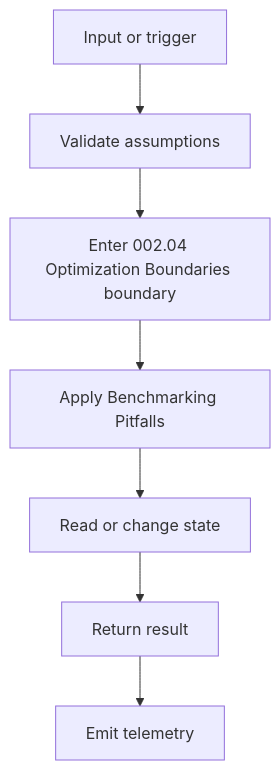
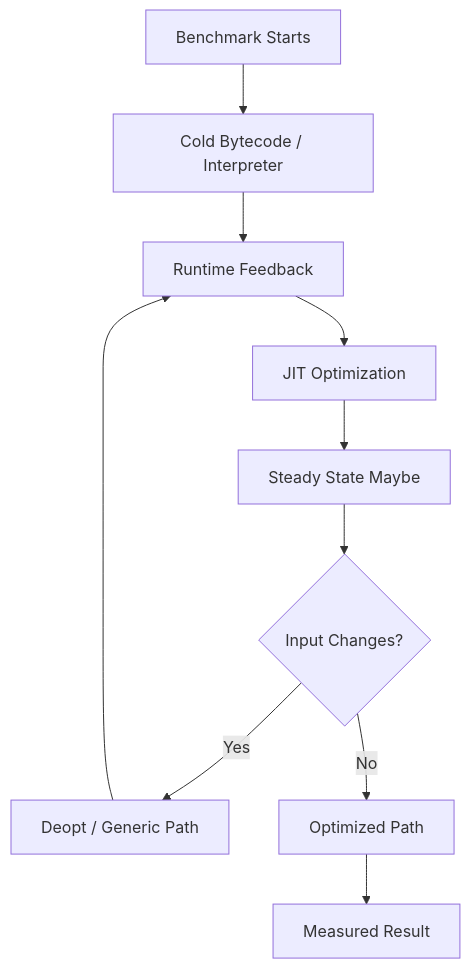
Before and after one commit to AjayPrajapat/Interview: the first of 3 diagrams in 002. JavaScript Internals/002.04 Optimization Boundaries/002.04.03 Benchmarking Pitfalls/README.md, drawn with Mermaid. The commit also changed other lines of this file and 10 other files, not shown here.

````diff
--- a/002. JavaScript Internals/002.04 Optimization Boundaries/002.04.03 Benchmarking Pitfalls/README.md
+++ b/002. JavaScript Internals/002.04 Optimization Boundaries/002.04.03 Benchmarking Pitfalls/README.md
@@ -453,9 +155,12 @@
 ```mermaid
 flowchart TD
-  A[Input or trigger] --> B[Validate assumptions]
-  B --> C[Enter 002.04 Optimization Boundaries boundary]
-  C --> D[Apply Benchmarking Pitfalls]
-  D --> E[Read or change state]
-  E --> F[Return result]
-  F --> G[Emit telemetry]
+  A["Benchmark Starts"] --> B["Cold Bytecode / Interpreter"]
+  B --> C["Runtime Feedback"]
+  C --> D["JIT Optimization"]
+  D --> E["Steady State Maybe"]
+  E --> F{"Input Changes?"}
+  F -->|Yes| G["Deopt / Generic Path"]
+  F -->|No| H["Optimized Path"]
+  G --> C
+  H --> I["Measured Result"]
 ```
````
